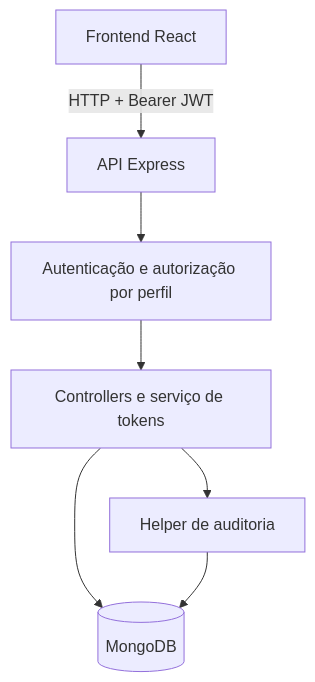
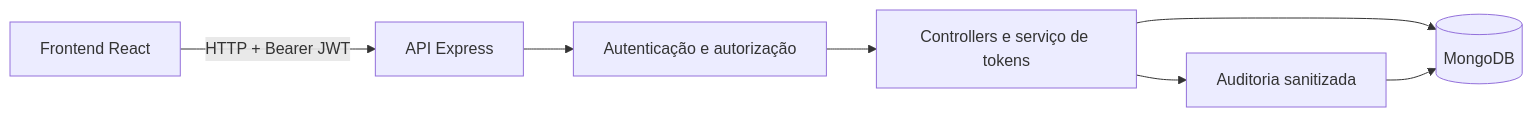
Before and after one commit to guilhermehgl/tokens: the diagram in README.md, drawn with Mermaid. The commit also changed other lines of this file and 9 other files, not shown here.

````diff
--- a/README.md
+++ b/README.md
@@ -53,9 +48,9 @@
 ```mermaid
-flowchart TD
+flowchart LR
   A[Frontend React] -->|HTTP + Bearer JWT| B[API Express]
-  B --> C[Autenticação e autorização por perfil]
+  B --> C[Autenticação e autorização]
   C --> D[Controllers e serviço de tokens]
   D --> E[(MongoDB)]
-  D --> F[Helper de auditoria]
+  D --> F[Auditoria sanitizada]
   F --> E
 ```
````
